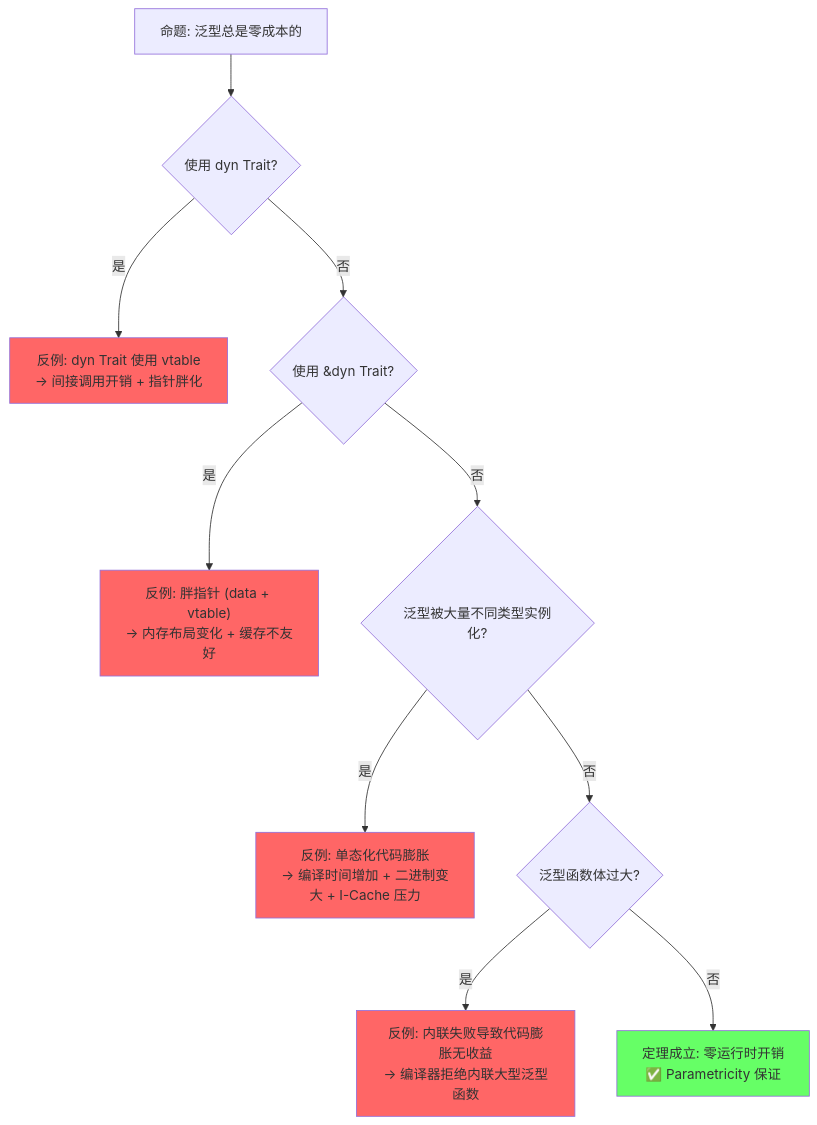
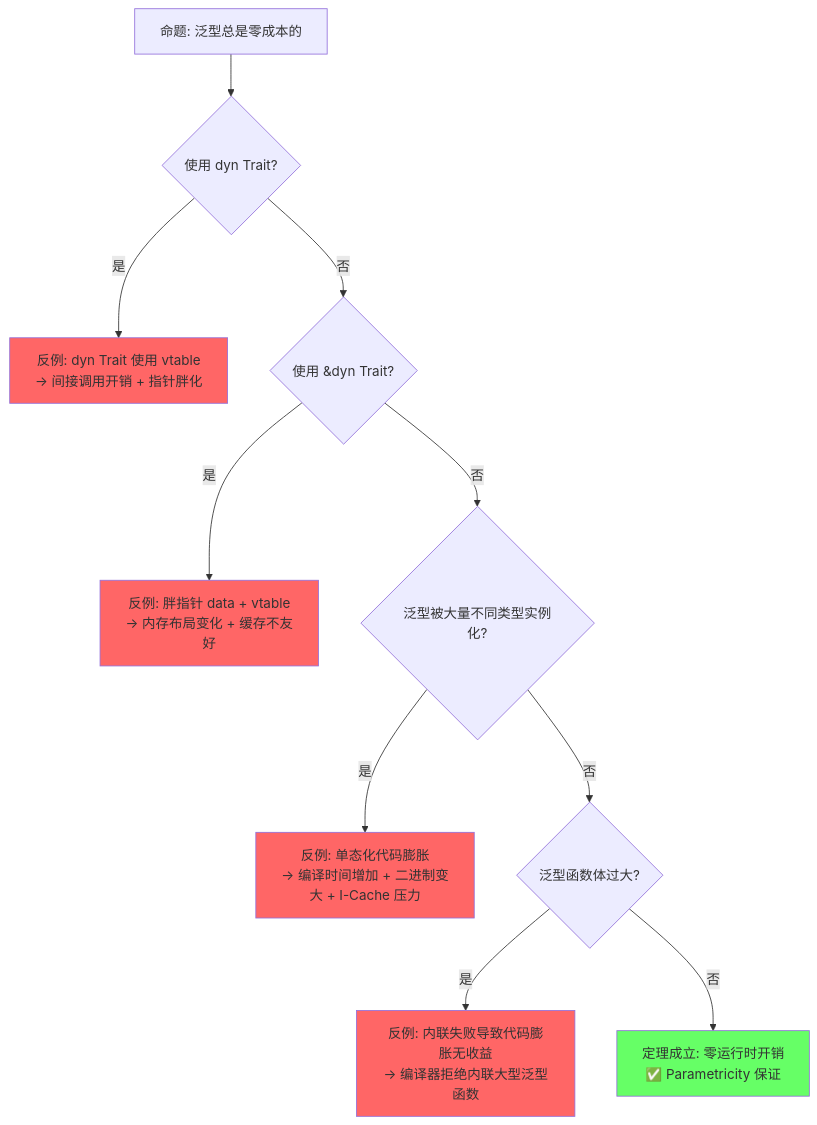
One commit to martin-ly/rust-lang changed the second of 5 diagrams in concept/02_intermediate/02_generics.md. Above: the diagram before and after it, drawn with Mermaid. The commit also changed other lines of this file and 3 other files, not shown here.

````diff
--- a/concept/02_intermediate/02_generics.md
+++ b/concept/02_intermediate/02_generics.md
@@ -343,18 +353,18 @@
 ```mermaid
 graph TD
     P["命题: 泛型总是零成本的"] --> Q1{"使用 dyn Trait?"}
     Q1 -->|是| F1["反例: dyn Trait 使用 vtable<br/>→ 间接调用开销 + 指针胖化"]
     Q1 -->|否| Q2{"使用 &dyn Trait?"}
-    Q2 -->|是| F2["反例: 胖指针 (data + vtable)<br/>→ 内存布局变化 + 缓存不友好"]
+    Q2 -->|是| F2["反例: 胖指针 data + vtable<br/>→ 内存布局变化 + 缓存不友好"]
     Q2 -->|否| Q3{"泛型被大量不同类型实例化?"}
     Q3 -->|是| F3["反例: 单态化代码膨胀<br/>→ 编译时间增加 + 二进制变大 + I-Cache 压力"]
     Q3 -->|否| Q4{"泛型函数体过大?"}
     Q4 -->|是| F4["反例: 内联失败导致代码膨胀无收益<br/>→ 编译器拒绝内联大型泛型函数"]
     Q4 -->|否| T1["定理成立: 零运行时开销<br/>✅ Parametricity 保证"]
 
     style F1 fill:#f66
     style F2 fill:#f66
     style F3 fill:#f66
     style F4 fill:#f66
     style T1 fill:#6f6
 ```
````
